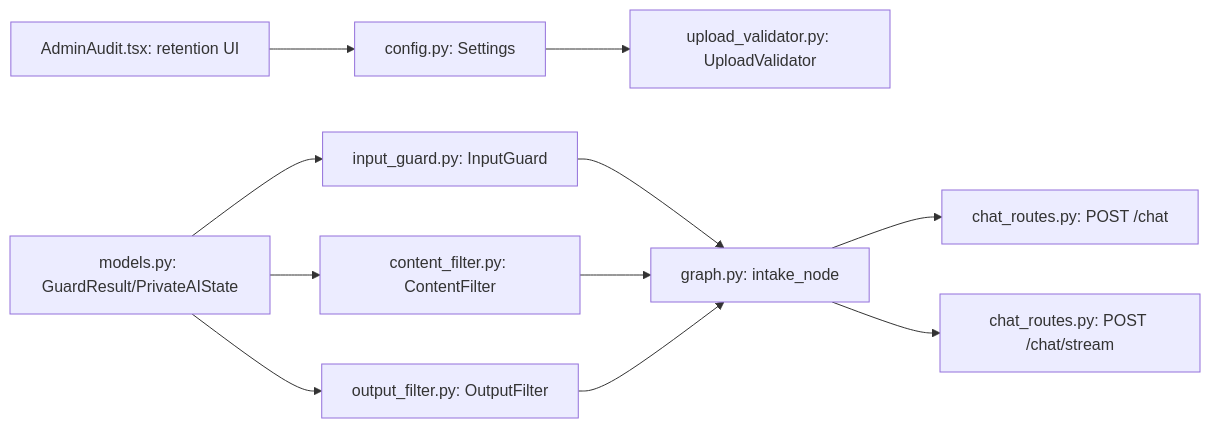
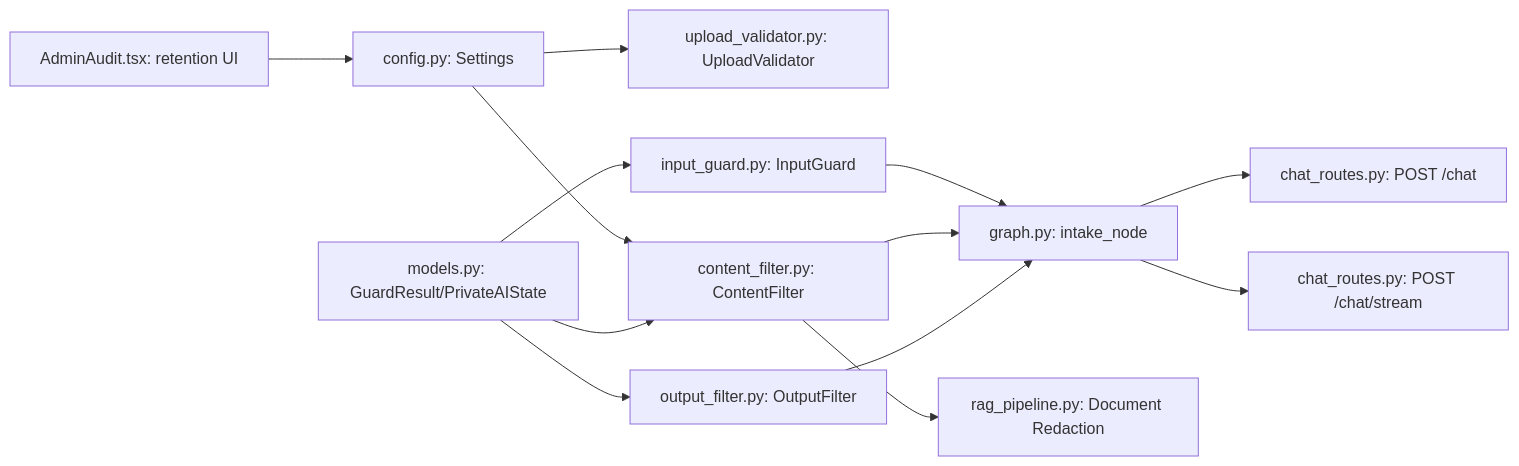
The ninth of 9 diagrams in .qoder/repowiki/en/content/Backend Development/Security and Middleware/Content Filtering.md (genes8/private-ai), drawn with Mermaid before and after one commit. The commit also changed other lines of this file and 55 other files, not shown here.

````diff
--- a/.qoder/repowiki/en/content/Backend Development/Security and Middleware/Content Filtering.md
+++ b/.qoder/repowiki/en/content/Backend Development/Security and Middleware/Content Filtering.md
@@ -336,13 +399,15 @@
 ```mermaid
 graph LR
 CFG["config.py: Settings"] --> UV["upload_validator.py: UploadValidator"]
+CFG --> CF["content_filter.py: ContentFilter"]
 IG["input_guard.py: InputGuard"] --> G["graph.py: intake_node"]
-CF["content_filter.py: ContentFilter"] --> G
+CF --> G
 OF["output_filter.py: OutputFilter"] --> G
+CF --> RP["rag_pipeline.py: Document Redaction"]
 ST["models.py: GuardResult/PrivateAIState"] --> IG
 ST --> CF
 ST --> OF
 G --> CR["chat_routes.py: POST /chat"]
 G --> CSR["chat_routes.py: POST /chat/stream"]
 AUD["AdminAudit.tsx: retention UI"] --> CFG
 ```
````
